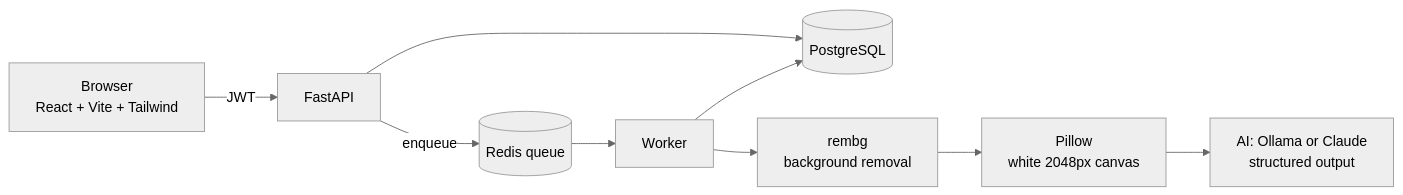
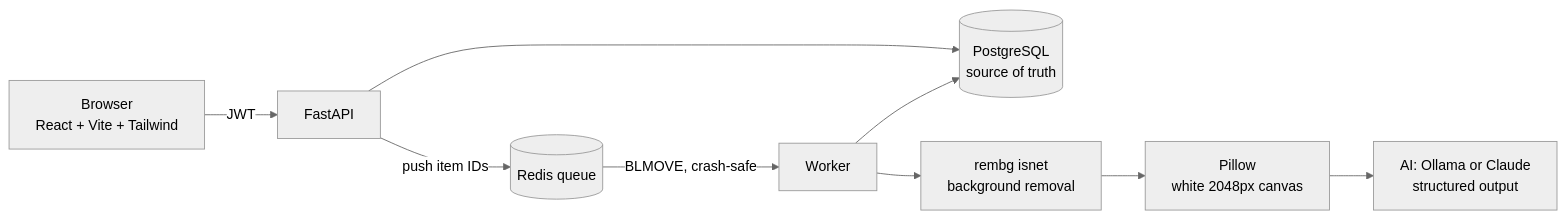
Before and after one commit to madBit10/catalog-assistant: the diagram in README.md, drawn with Mermaid (neutral theme). The commit also changed other lines of this file and 2 other files, not shown here.

````diff
--- a/README.md
+++ b/README.md
@@ -39,11 +47,11 @@
 ```mermaid
 flowchart LR
     B[Browser<br/>React + Vite + Tailwind] -->|JWT| API[FastAPI]
-    API --> DB[(PostgreSQL)]
-    API -->|enqueue| Q[(Redis queue)]
-    Q --> W[Worker]
-    W --> R[rembg<br/>background removal]
+    API --> DB[(PostgreSQL<br/>source of truth)]
+    API -->|push item IDs| Q[(Redis queue)]
+    Q -->|BLMOVE, crash-safe| W[Worker]
+    W --> R[rembg isnet<br/>background removal]
     R --> P[Pillow<br/>white 2048px canvas]
     P --> C[AI: Ollama or Claude<br/>structured output]
     W --> DB
 ```
````
